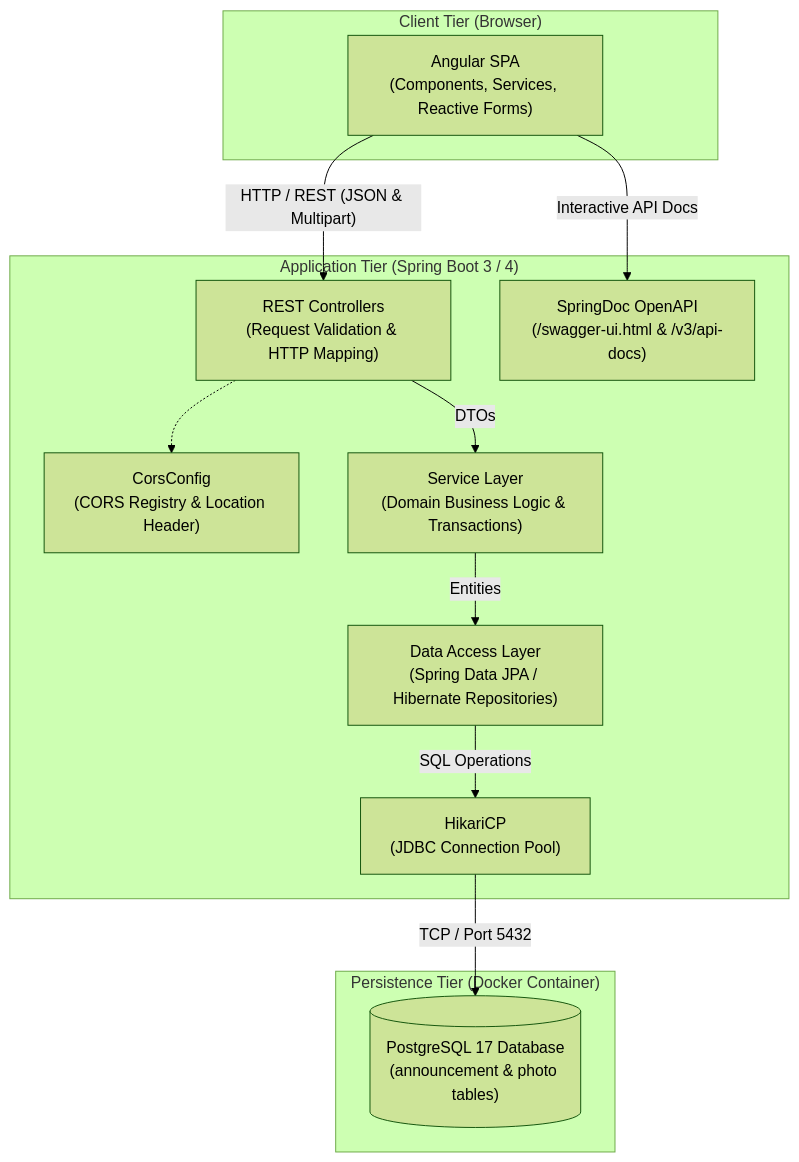
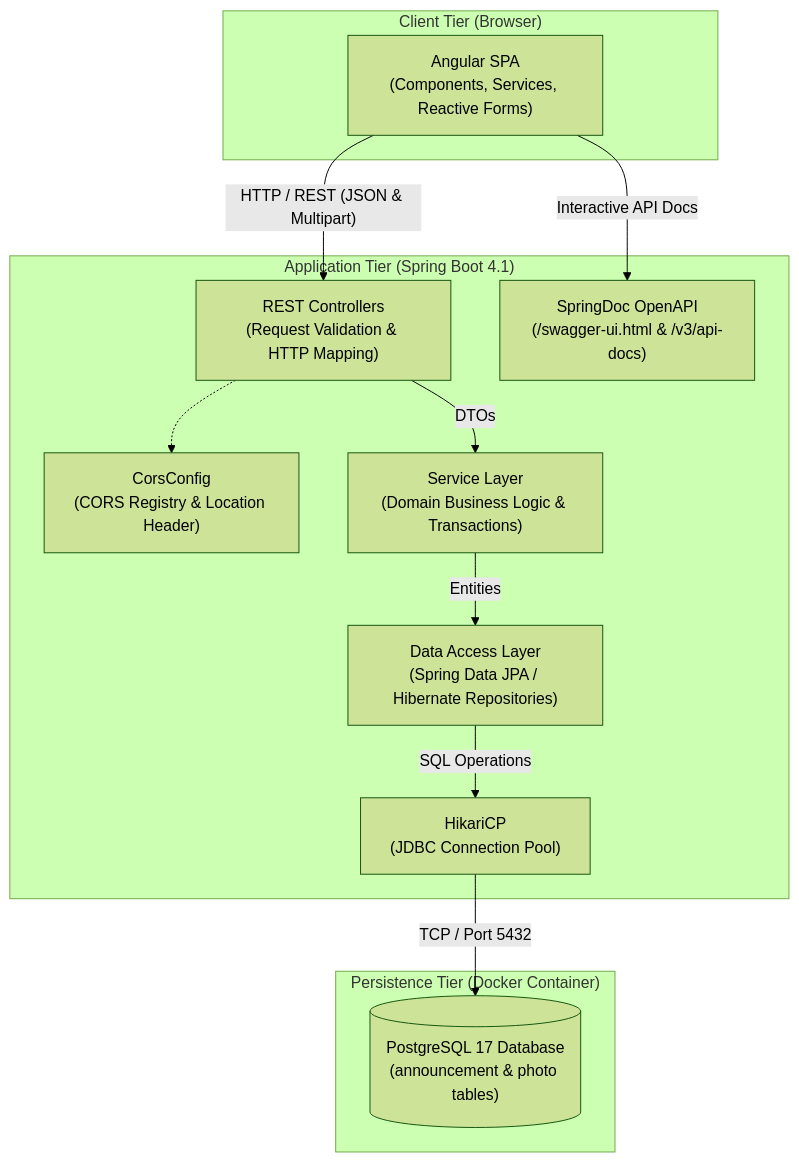
The first of 3 diagrams in docs/architecture.md (NineLives-exe-UBB/safepaws), drawn with Mermaid (forest theme) before and after one commit. The commit also changed other lines of this file and 8 other files, not shown here.

````diff
--- a/docs/architecture.md
+++ b/docs/architecture.md
@@ -20,27 +20,27 @@
 ```mermaid
 flowchart TD
     subgraph ClientTier["Client Tier (Browser)"]
         UI["Angular SPA\n(Components, Services, Reactive Forms)"]
     end
 
-    subgraph AppTier["Application Tier (Spring Boot 3 / 4)"]
+    subgraph AppTier["Application Tier (Spring Boot 4.1)"]
         Controller["REST Controllers\n(Request Validation & HTTP Mapping)"]
         OpenAPI["SpringDoc OpenAPI\n(/swagger-ui.html & /v3/api-docs)"]
         Cors["CorsConfig\n(CORS Registry & Location Header)"]
         Service["Service Layer\n(Domain Business Logic & Transactions)"]
         Repo["Data Access Layer\n(Spring Data JPA / Hibernate Repositories)"]
         Hikari["HikariCP\n(JDBC Connection Pool)"]
     end
 
     subgraph DataTier["Persistence Tier (Docker Container)"]
         PG[("PostgreSQL 17 Database\n(announcement & photo tables)")]
     end
 
     UI -->|"HTTP / REST (JSON & Multipart)"| Controller
     UI -->|"Interactive API Docs"| OpenAPI
     Controller -.-> Cors
     Controller -->|"DTOs"| Service
     Service -->|"Entities"| Repo
     Repo -->|"SQL Operations"| Hikari
     Hikari -->|"TCP / Port 5432"| PG
 ```
````
